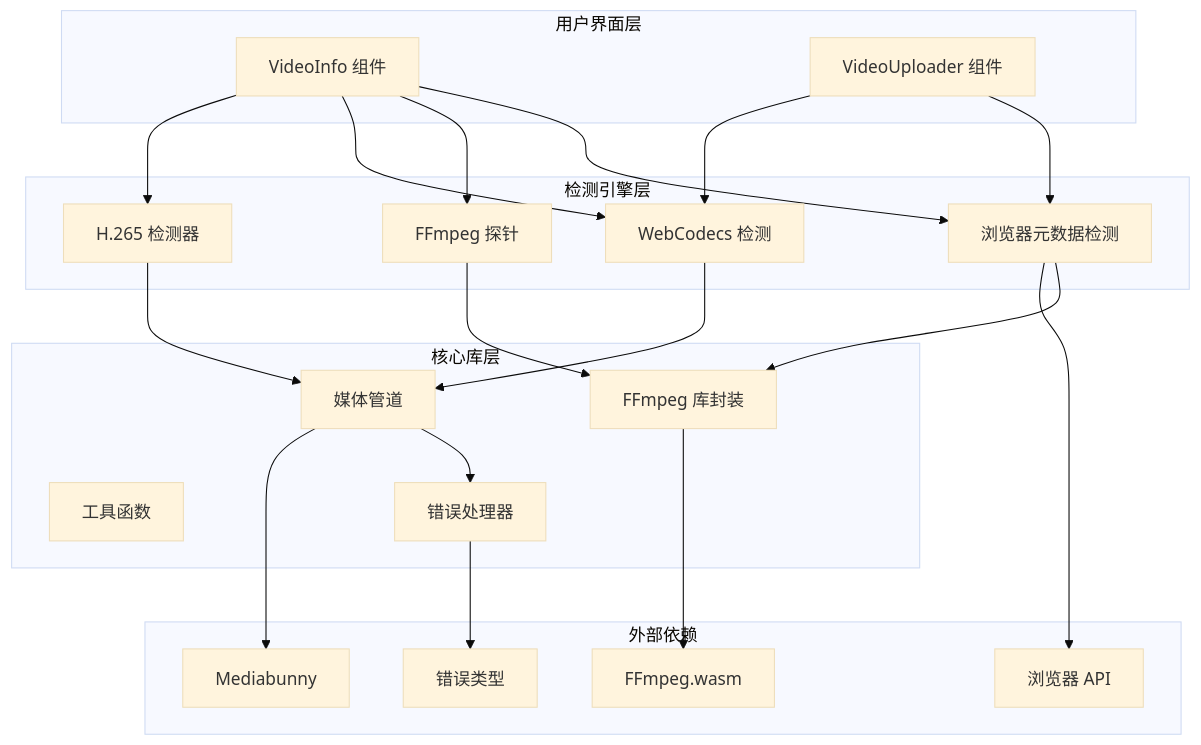
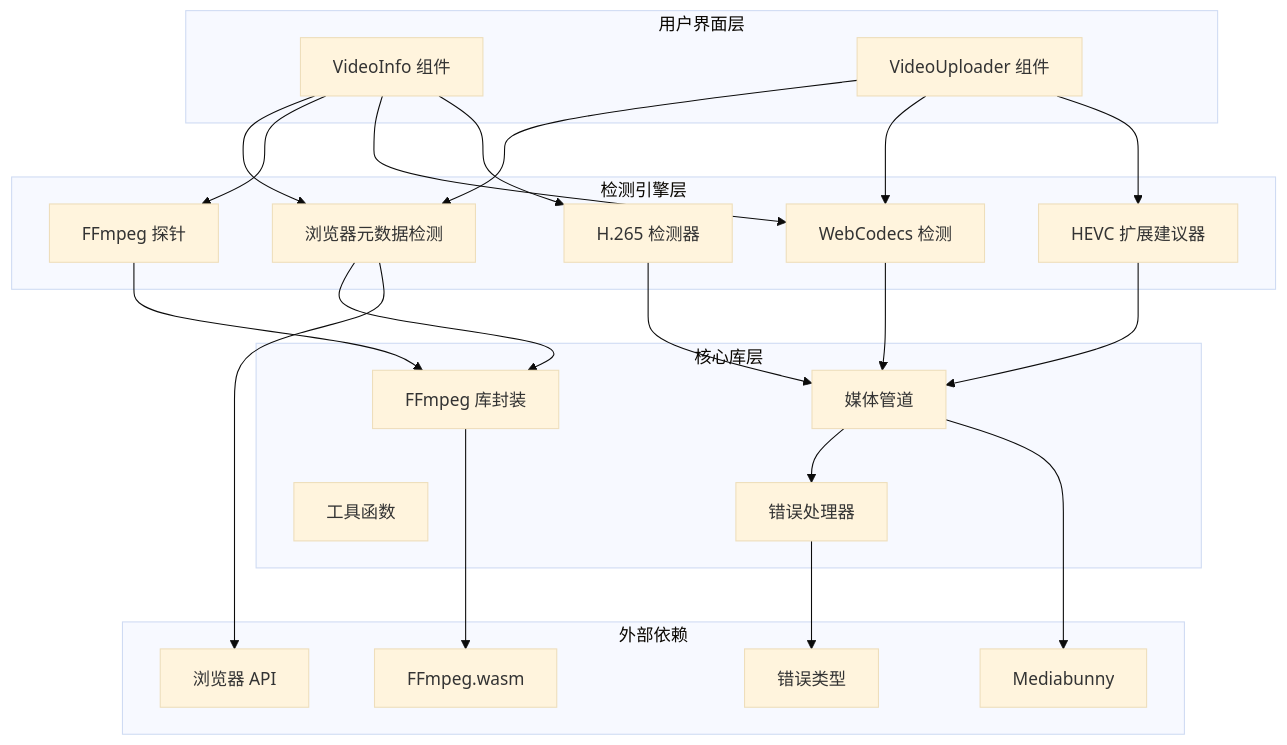
The first of 12 diagrams in .qoder/repowiki/zh/content/工具分类/视频处理工具/视频压缩工具/视频编解码器检测.md (sgyy/privadeck), drawn with Mermaid (base theme) before and after one commit. The commit also changed other lines of this file and 4 other files, not shown here.

````diff
--- a/.qoder/repowiki/zh/content/工具分类/视频处理工具/视频压缩工具/视频编解码器检测.md
+++ b/.qoder/repowiki/zh/content/工具分类/视频处理工具/视频压缩工具/视频编解码器检测.md
@@ -47,40 +48,43 @@
 ```mermaid
 graph TB
 subgraph "用户界面层"
 UI[VideoInfo 组件]
 Uploader[VideoUploader 组件]
 end
 subgraph "检测引擎层"
 BrowserMeta[浏览器元数据检测]
 FFmpegProbe[FFmpeg 探针]
 WebCodecs[WebCodecs 检测]
 CodecDetector[H.265 检测器]
+ExtensionSuggestor[HEVC 扩展建议器]
 end
 subgraph "核心库层"
 FFmpegLib[FFmpeg 库封装]
 MediaPipeline[媒体管道]
 Utils[工具函数]
 ErrorHandlers[错误处理器]
 end
 subgraph "外部依赖"
 FFmpegWASM[FFmpeg.wasm]
 Mediabunny[Mediabunny]
 BrowserAPI[浏览器 API]
 ErrorTypes[错误类型]
 end
 UI --> BrowserMeta
 UI --> FFmpegProbe
 UI --> WebCodecs
 UI --> CodecDetector
 Uploader --> BrowserMeta
 Uploader --> WebCodecs
+Uploader --> ExtensionSuggestor
 BrowserMeta --> FFmpegLib
 FFmpegProbe --> FFmpegLib
 WebCodecs --> MediaPipeline
 CodecDetector --> MediaPipeline
+ExtensionSuggestor --> MediaPipeline
 MediaPipeline --> ErrorHandlers
 FFmpegLib --> FFmpegWASM
 MediaPipeline --> Mediabunny
 BrowserMeta --> BrowserAPI
 ErrorHandlers --> ErrorTypes
 ```
````
